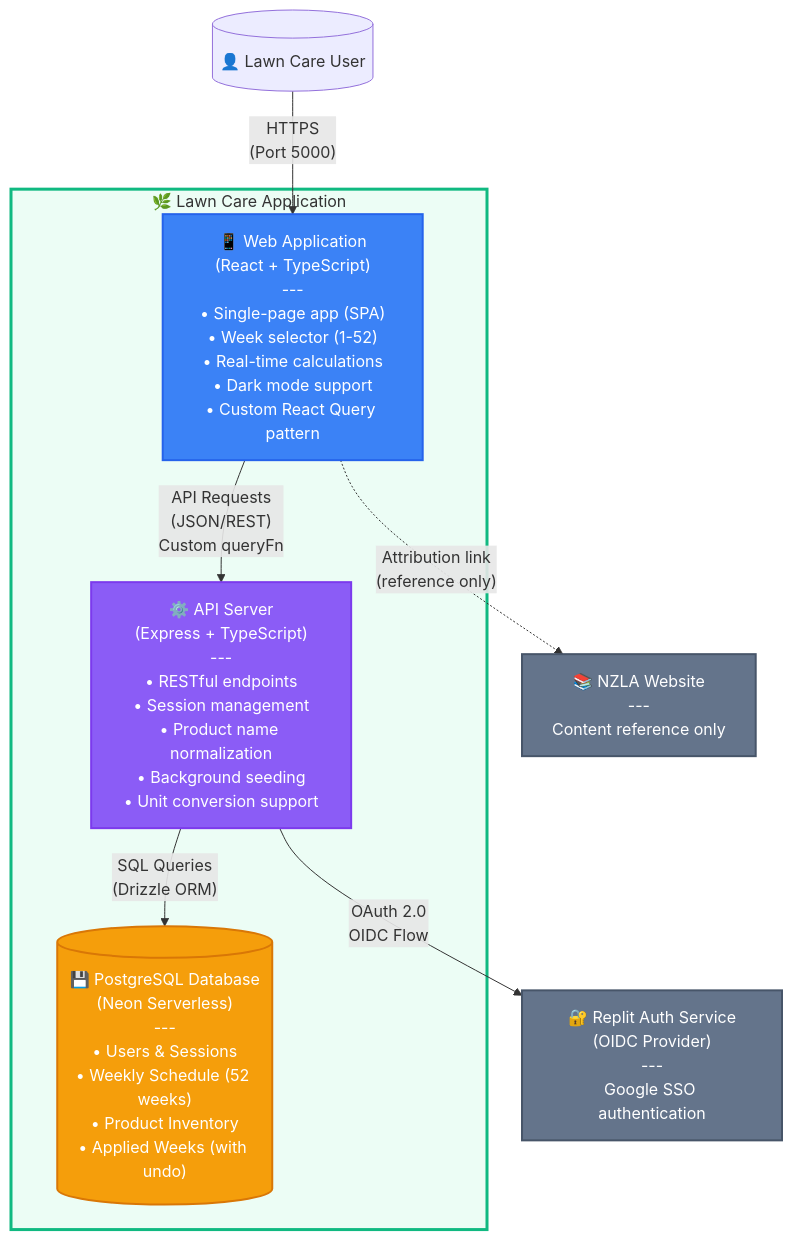
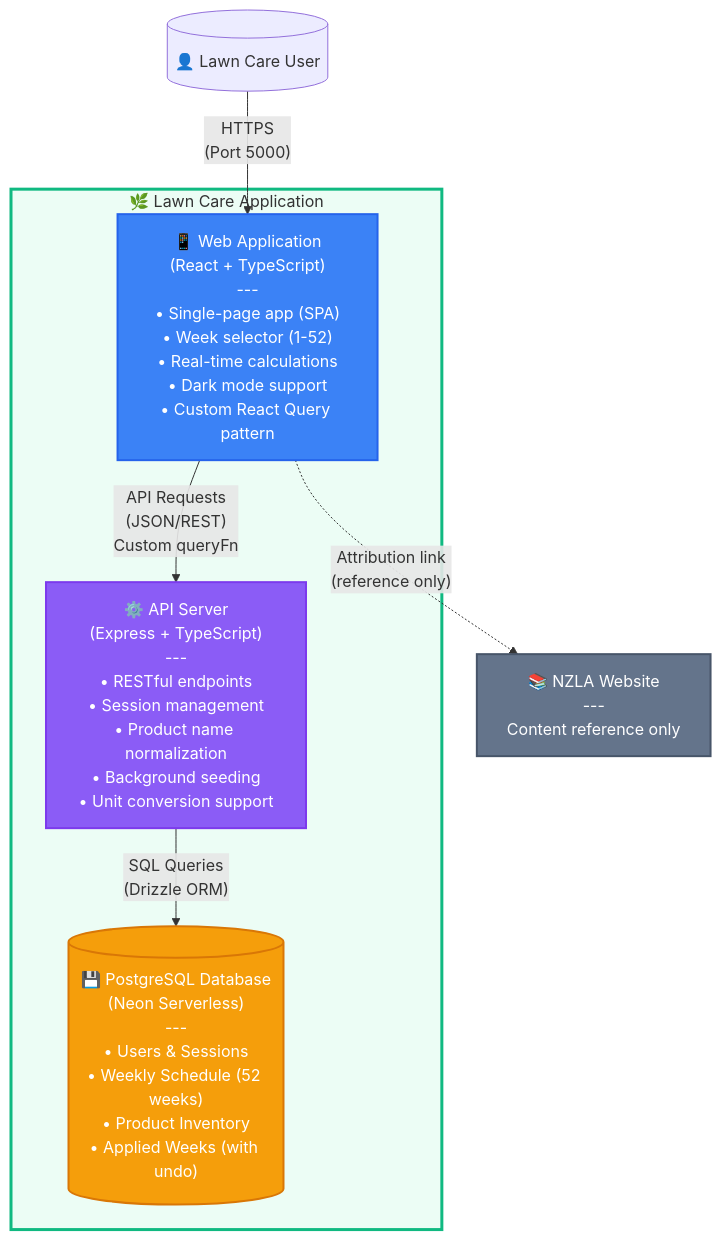
The second of 7 diagrams in docs/C4-architecture-diagrams.md (elliotchisholm/lawn-care-assistant), drawn with Mermaid before and after one commit. The commit also changed other lines of this file and 17 other files, not shown here.

````diff
--- a/docs/C4-architecture-diagrams.md
+++ b/docs/C4-architecture-diagrams.md
@@ -28,29 +24,25 @@
 ```mermaid
 graph TB
     User[("👤 Lawn Care User")]
     
     subgraph LawnCareSystem["🌿 Lawn Care Application"]
         WebApp["📱 Web Application<br/>(React + TypeScript)<br/>---<br/>• Single-page app (SPA)<br/>• Week selector (1-52)<br/>• Real-time calculations<br/>• Dark mode support<br/>• Custom React Query pattern"]
         
         API["⚙️ API Server<br/>(Express + TypeScript)<br/>---<br/>• RESTful endpoints<br/>• Session management<br/>• Product name normalization<br/>• Background seeding<br/>• Unit conversion support"]
         
         DB[("💾 PostgreSQL Database<br/>(Neon Serverless)<br/>---<br/>• Users & Sessions<br/>• Weekly Schedule (52 weeks)<br/>• Product Inventory<br/>• Applied Weeks (with undo)")]
     end
     
-    ReplitAuth["🔐 Replit Auth Service<br/>(OIDC Provider)<br/>---<br/>Google SSO authentication"]
-    
     NZLA["📚 NZLA Website<br/>---<br/>Content reference only"]
     
     User -->|"HTTPS<br/>(Port 5000)"| WebApp
     WebApp -->|"API Requests<br/>(JSON/REST)<br/>Custom queryFn"| API
     API -->|"SQL Queries<br/>(Drizzle ORM)"| DB
-    API -->|"OAuth 2.0<br/>OIDC Flow"| ReplitAuth
     WebApp -.->|"Attribution link<br/>(reference only)"| NZLA
     
     style WebApp fill:#3b82f6,stroke:#2563eb,stroke-width:2px,color:#fff
     style API fill:#8b5cf6,stroke:#7c3aed,stroke-width:2px,color:#fff
     style DB fill:#f59e0b,stroke:#d97706,stroke-width:2px,color:#fff
-    style ReplitAuth fill:#64748b,stroke:#475569,stroke-width:2px,color:#fff
     style NZLA fill:#64748b,stroke:#475569,stroke-width:2px,color:#fff
     style LawnCareSystem fill:#ecfdf5,stroke:#10b981,stroke-width:3px
 ```
````
